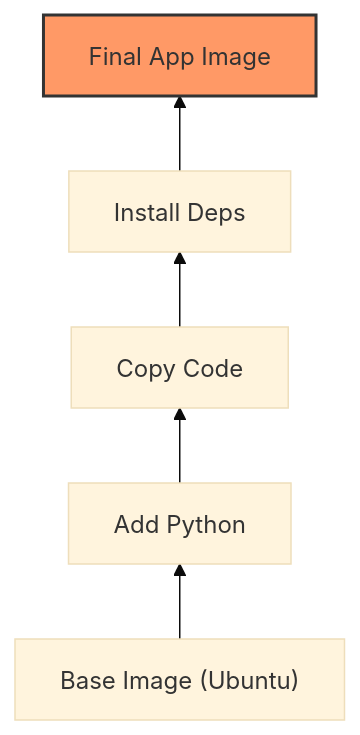
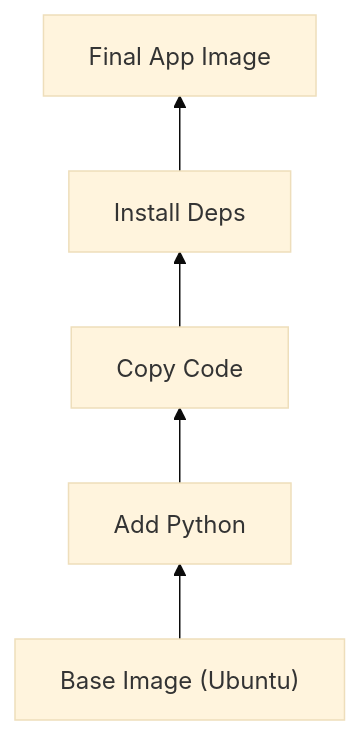
The diagram in docker/03-编写Dockerfile.md (Devliang24/bloghub), drawn with Mermaid (base theme) before and after one commit. The commit also changed 8 other files, not shown here.

Commit message:
🎨 移除 Mermaid 流程图的节点颜色样式

````diff
--- a/docker/03-编写Dockerfile.md
+++ b/docker/03-编写Dockerfile.md
@@ -14,9 +14,8 @@
 ```mermaid
 graph BT
     L1["Base Image (Ubuntu)"] --> L2["Add Python"]
     L2 --> L3["Copy Code"]
     L3 --> L4["Install Deps"]
     L4 --> Final["Final App Image"]
     
-    style Final fill:#f96,stroke:#333,stroke-width:2px
 ```
````
